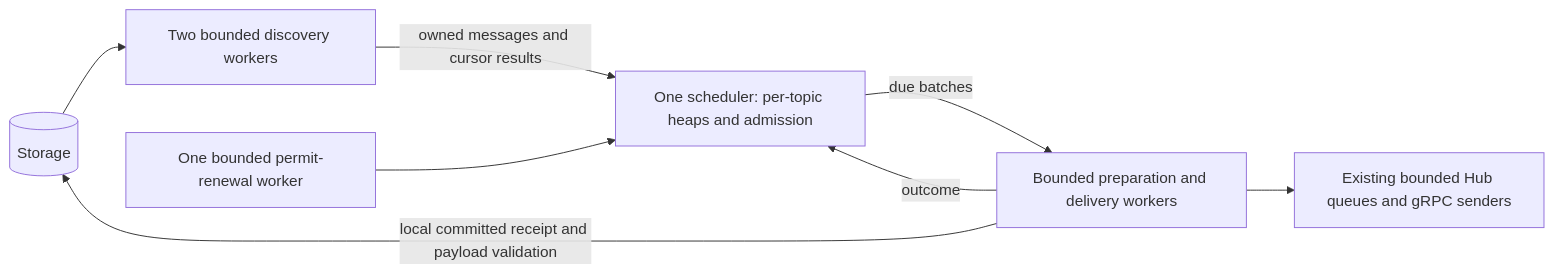
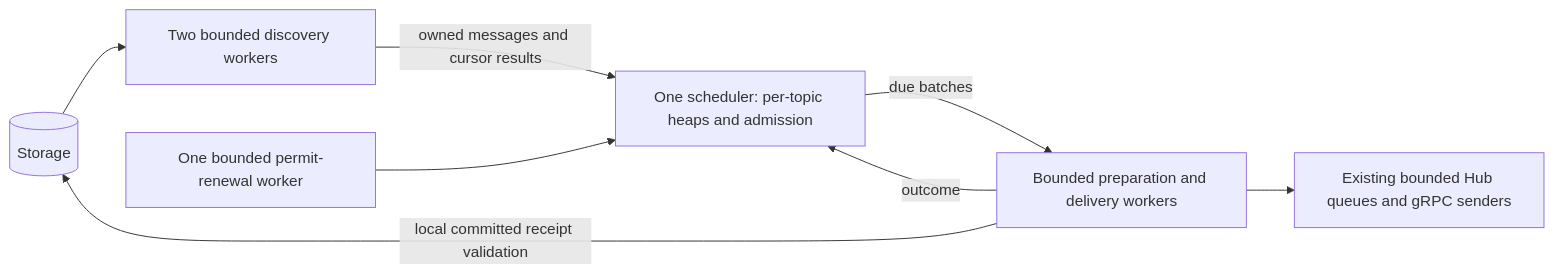
One commit to futureq-io/futureq changed the diagram in docs/heap-scheduler.md. Above: the diagram before and after it, drawn with Mermaid. The commit also changed other lines of this file and 33 other files, not shown here.

````diff
--- a/docs/heap-scheduler.md
+++ b/docs/heap-scheduler.md
@@ -11,10 +11,10 @@
 ```mermaid
 flowchart LR
   DB[(Storage)] --> D[Two bounded discovery workers]
   D -->|owned messages and cursor results| S[One scheduler: per-topic heaps and admission]
   S -->|due batches| P[Bounded preparation and delivery workers]
   P -->|outcome| S
   P --> Q[Existing bounded Hub queues and gRPC senders]
   R[One bounded permit-renewal worker] --> S
-  P -->|local committed receipt and payload validation| DB
+  P -->|local committed receipt validation| DB
 ```
````
